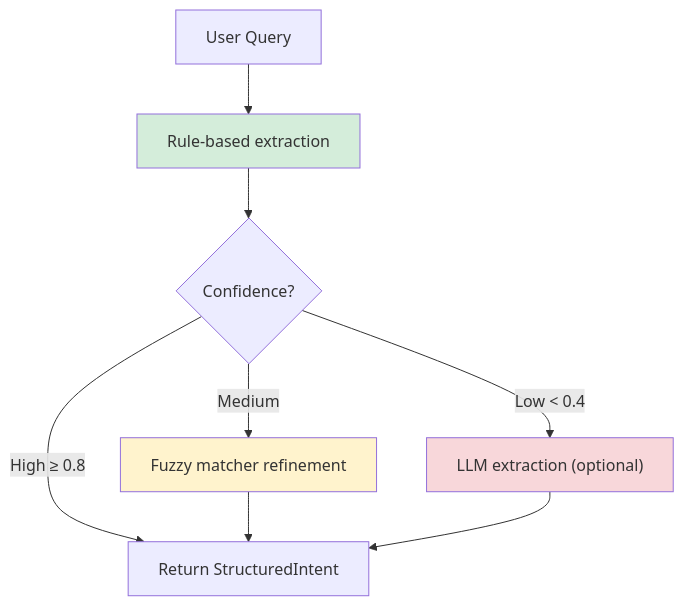
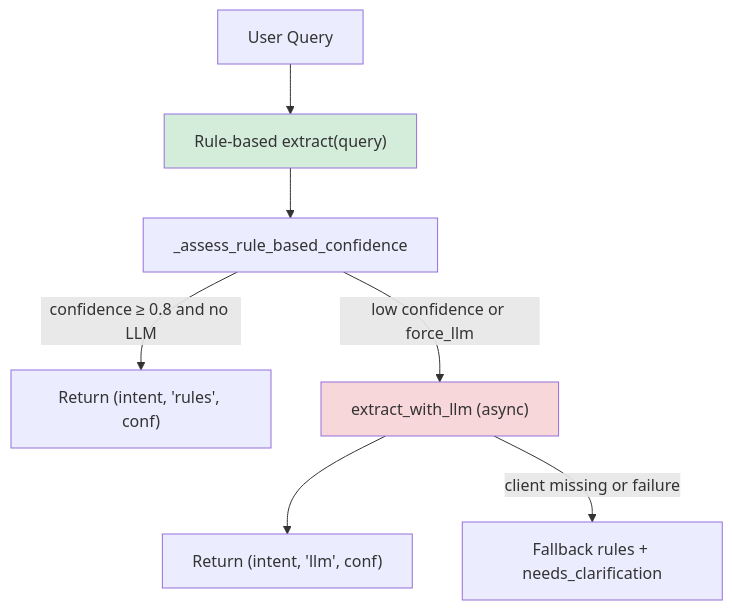
The third of 7 diagrams in docs/features/extraction/EXTRACTION_PIPELINE.md (mayad123/movieAgent), drawn with Mermaid before and after one commit. The commit also changed other lines of this file and 128 other files, not shown here.

````diff
--- a/docs/features/extraction/EXTRACTION_PIPELINE.md
+++ b/docs/features/extraction/EXTRACTION_PIPELINE.md
@@ -124,14 +130,12 @@
 ```mermaid
 flowchart TD
-    Q["User Query"] --> RULES["Rule-based extraction"]
-    RULES --> CONF{"Confidence?"}
-    CONF -->|High ≥ 0.8| DONE["Return StructuredIntent"]
-    CONF -->|Medium| FUZZY["Fuzzy matcher refinement"]
-    CONF -->|Low < 0.4| LLM["LLM extraction (optional)"]
-    FUZZY --> DONE
-    LLM --> DONE
+    Q["User Query"] --> RULES["Rule-based extract(query)"]
+    RULES --> ASSESS["_assess_rule_based_confidence"]
+    ASSESS -->|confidence ≥ 0.8 and no LLM| DONE["Return (intent, 'rules', conf)"]
+    ASSESS -->|low confidence or force_llm| LLM["extract_with_llm (async)"]
+    LLM --> DONE2["Return (intent, 'llm', conf)"]
+    LLM -->|client missing or failure| FALL["Fallback rules + needs_clarification"]
 
     style RULES fill:#d4edda
-    style FUZZY fill:#fff3cd
     style LLM fill:#f8d7da
 ```
````
